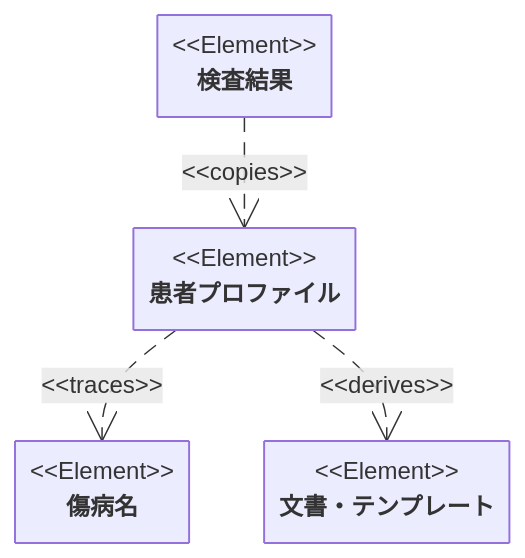
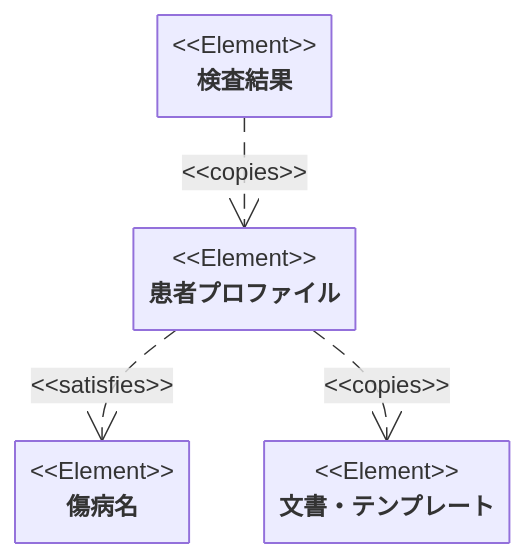
One commit to aimerzarashi/clinic-system-design changed the diagram in 患者プロファイル/README.md. Above: the diagram before and after it, drawn with Mermaid. The commit also changed 5 other files, not shown here.

````diff
--- a/患者プロファイル/README.md
+++ b/患者プロファイル/README.md
@@ -3,19 +3,19 @@
 ```mermaid
 requirementDiagram
 
   element "患者プロファイル" {
   }
 
   element "検査結果" {
   }
 
   element "傷病名" {
   }
 
   element "文書・テンプレート" {
   }
 
   "検査結果" - copies -> "患者プロファイル"
-  "患者プロファイル" - traces -> "傷病名"
-  "患者プロファイル" - derives -> "文書・テンプレート"
+  "患者プロファイル" - satisfies -> "傷病名"
+  "患者プロファイル" - copies -> "文書・テンプレート"
 ```
````
